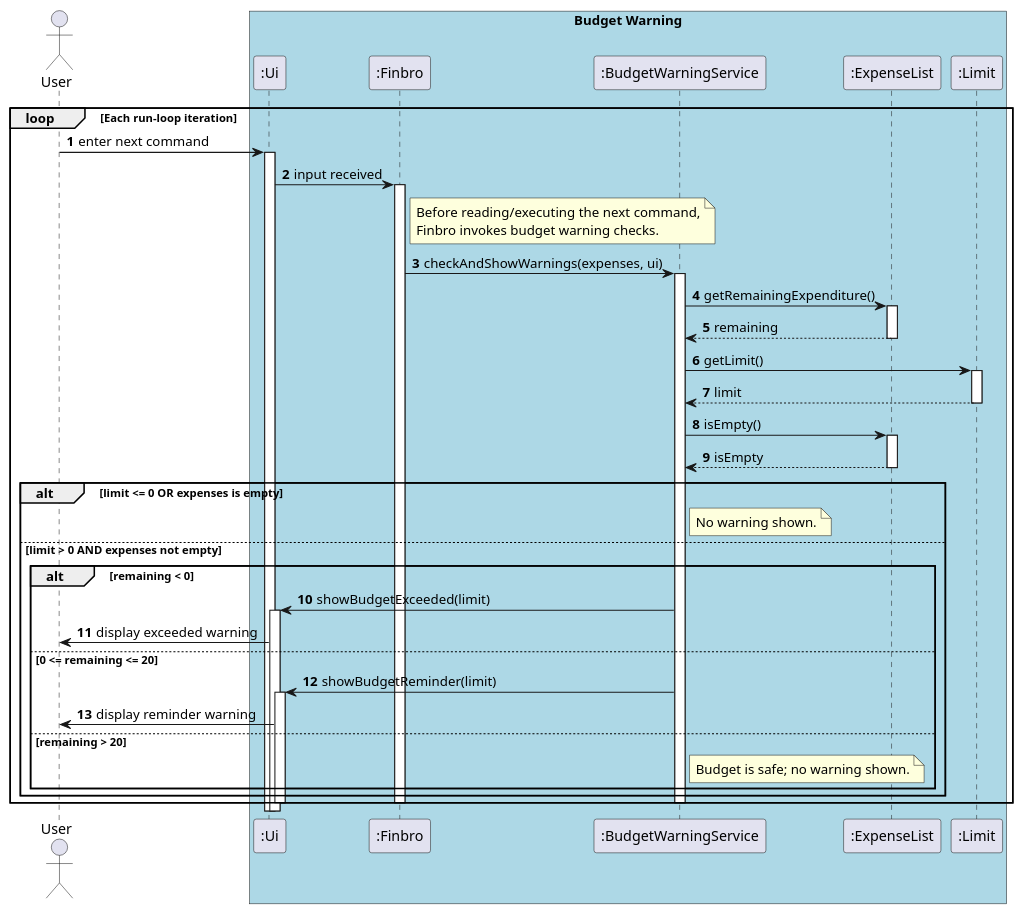
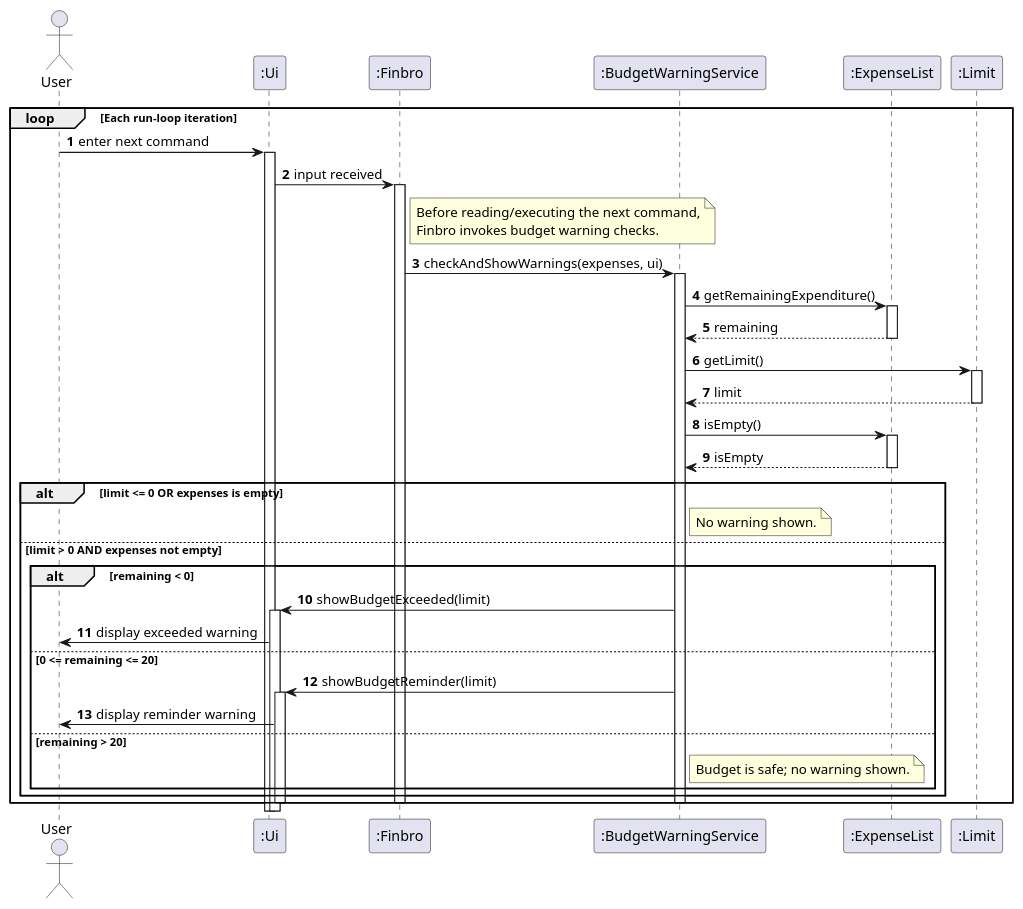
One commit to Kushalshah0402/tp changed the diagram in docs/UML_diagrams/BudgetWarningService.puml. Above: the diagram before and after it, drawn with PlantUML. The commit also changed 12 other files, not shown here.

Commit message:
Standardize UML diagrams

```diff
--- a/docs/UML_diagrams/BudgetWarningService.puml
+++ b/docs/UML_diagrams/BudgetWarningService.puml
@@ -1,70 +1,68 @@
 @startuml BudgetWarningService
 'https://plantuml.com/sequence-diagram
 actor User
 
-box "Budget Warning" #LightBlue
 participant ":Ui"
 participant ":Finbro"
 participant ":BudgetWarningService"
 participant ":ExpenseList"
 participant ":Limit"
-end box
 
 autonumber
 
 loop Each run-loop iteration
 	User -> ":Ui" : enter next command
 	activate ":Ui"
 
 	":Ui" -> ":Finbro" : input received
 	activate ":Finbro"
 
 	note right of ":Finbro"
 	  Before reading/executing the next command,
 	  Finbro invokes budget warning checks.
 	end note
 
 	":Finbro" -> ":BudgetWarningService" : checkAndShowWarnings(expenses, ui)
 	activate ":BudgetWarningService"
 
 	":BudgetWarningService" -> ":ExpenseList" : getRemainingExpenditure()
 	activate ":ExpenseList"
 	return remaining
 
 	":BudgetWarningService" -> ":Limit" : getLimit()
 	activate ":Limit"
 	return limit
 
 	":BudgetWarningService" -> ":ExpenseList" : isEmpty()
 	activate ":ExpenseList"
 	return isEmpty
 
 	alt limit <= 0 OR expenses is empty
 		note right of ":BudgetWarningService"
 		  No warning shown.
 		end note
 
 	else limit > 0 AND expenses not empty
 		alt remaining < 0
 			":BudgetWarningService" -> ":Ui" : showBudgetExceeded(limit)
 			activate ":Ui"
 			":Ui" -> User : display exceeded warning
 
 		else 0 <= remaining <= 20
 			":BudgetWarningService" -> ":Ui" : showBudgetReminder(limit)
 			activate ":Ui"
 			":Ui" -> User : display reminder warning
 
 		else remaining > 20
 			note right of ":BudgetWarningService"
 			  Budget is safe; no warning shown.
 			end note
 		end
 	end
 
 	deactivate ":BudgetWarningService"
 	deactivate ":Finbro"
 	deactivate ":Ui"
 end
 
 @enduml
```
